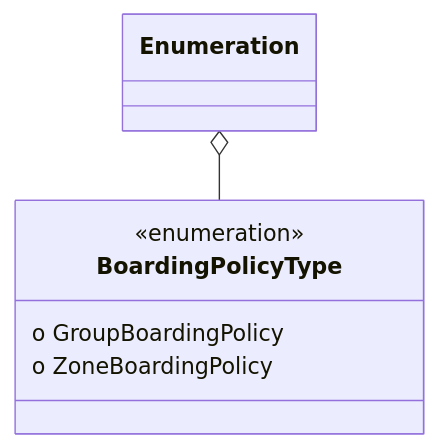
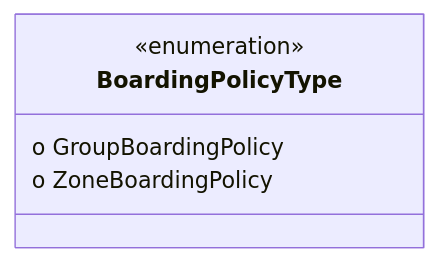
Before and after one commit to codexstanford/Insurance-Payout-Ontology: the diagram in datamodel-build/mermaid/BoardingPolicyType.mmd, drawn with Mermaid. The commit also changed 1883 other files, not shown here.

Commit message:
better handling of multi inheritance in mermaid. Accelerate Mermaid. Refactror doc menu to better handle lot of items

```diff
--- a/datamodel-build/mermaid/BoardingPolicyType.mmd
+++ b/datamodel-build/mermaid/BoardingPolicyType.mmd
@@ -1,7 +1,6 @@
 classDiagram
-Enumeration o-- BoardingPolicyType
   class BoardingPolicyType {
 <<enumeration>>
   o GroupBoardingPolicy
   o ZoneBoardingPolicy
-}
+ }
```
